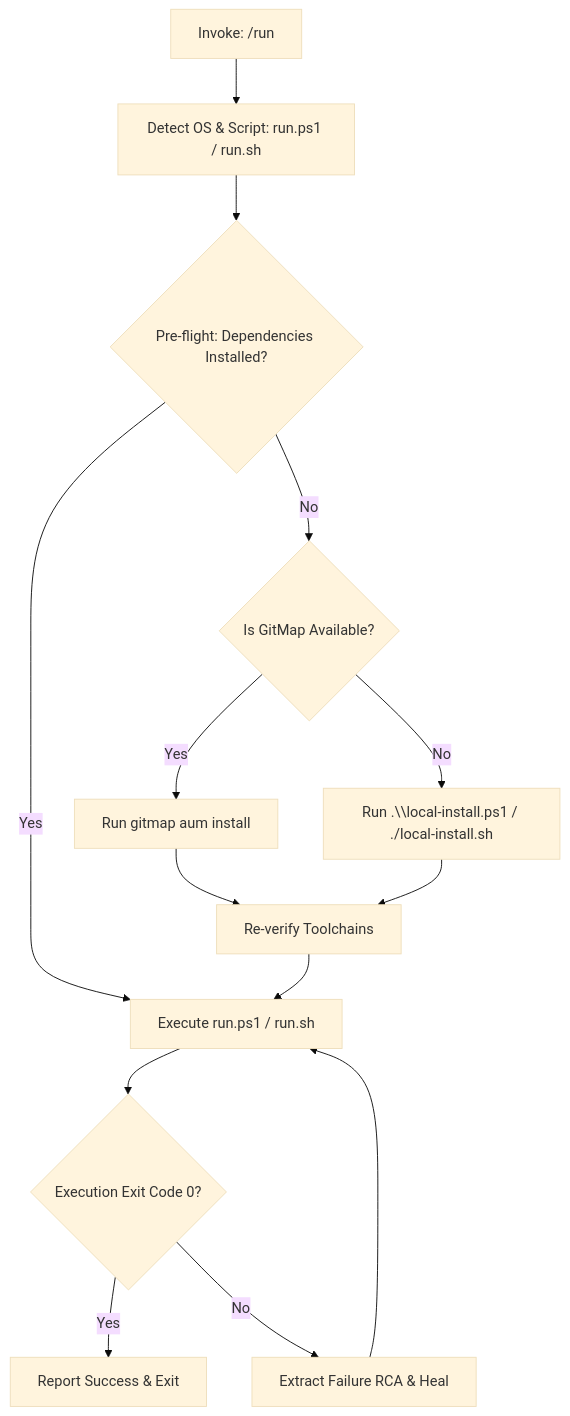
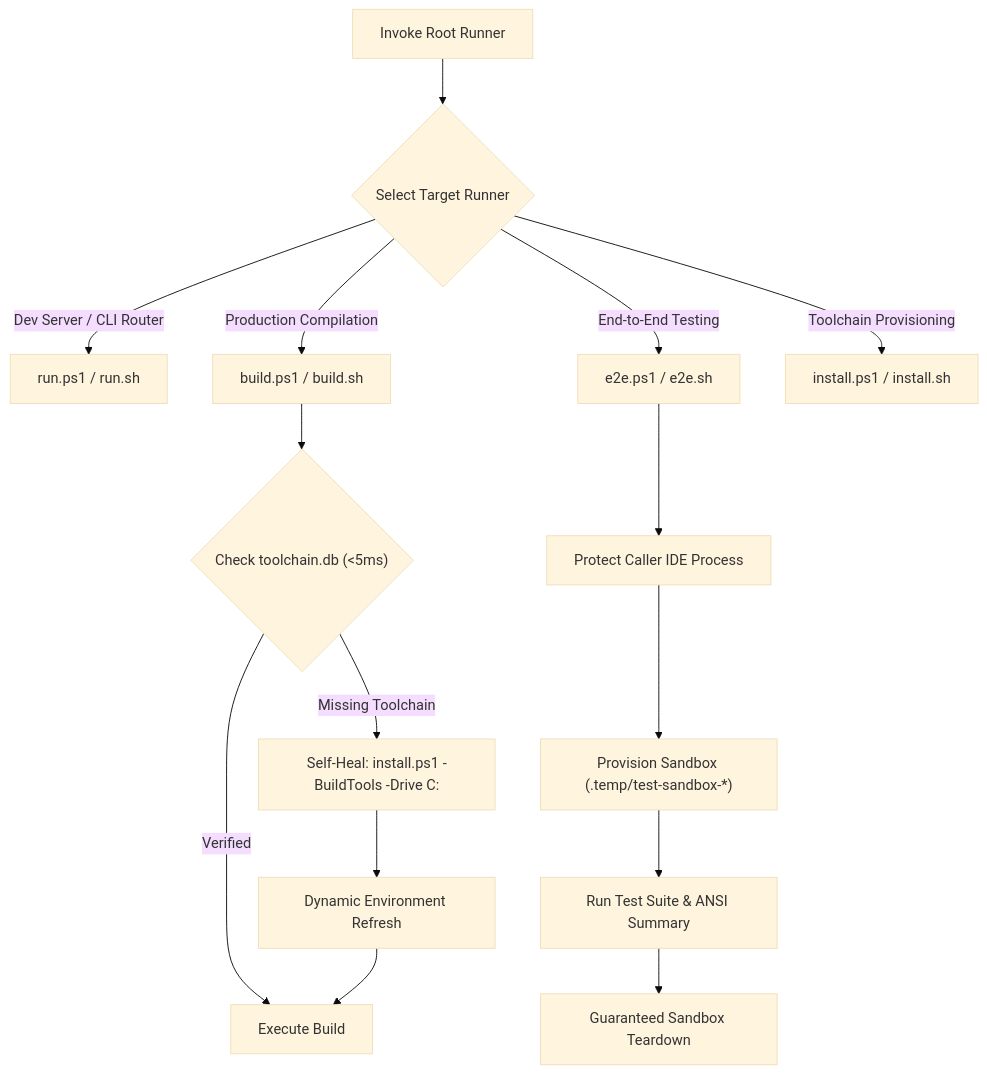
One commit to alimtvnetwork/Antigravity-Manager changed the diagram in .agents/skills/run/skill.md. Above: the diagram before and after it, drawn with Mermaid (base theme). The commit also changed other lines of this file and 1 other file, not shown here.

Commit message:
Feature: skills - update run and create-run-ps1-file with root runner suite contracts and c-drive toolchain sqlite tracking

````diff
--- a/.agents/skills/run/skill.md
+++ b/.agents/skills/run/skill.md
@@ -13,16 +29,19 @@
 ```mermaid
 flowchart TD
-    A["Invoke: /run <target>"] --> B["Detect OS & Script: run.ps1 / run.sh"]
-    B --> C{"Pre-flight: Dependencies Installed?"}
-    C -- "Yes" --> D["Execute run.ps1 / run.sh <target>"]
-    C -- "No" --> E{"Is GitMap Available?"}
-    E -- "Yes" --> F["Run gitmap aum install"]
-    E -- "No" --> G["Run .\\local-install.ps1 / ./local-install.sh"]
-    F --> H["Re-verify Toolchains"]
-    G --> H
-    H --> D
-    D --> I{"Execution Exit Code 0?"}
-    I -- "Yes" --> J["Report Success & Exit"]
-    I -- "No" --> K["Extract Failure RCA & Heal"]
-    K --> D
+    A["Invoke Root Runner"] --> B{"Select Target Runner"}
+    B -- "Dev Server / CLI Router" --> C["run.ps1 / run.sh"]
+    B -- "Production Compilation" --> D["build.ps1 / build.sh"]
+    B -- "End-to-End Testing" --> E["e2e.ps1 / e2e.sh"]
+    B -- "Toolchain Provisioning" --> F["install.ps1 / install.sh"]
+
+    D --> G{"Check toolchain.db (<5ms)"}
+    G -- "Verified" --> H["Execute Build"]
+    G -- "Missing Toolchain" --> I["Self-Heal: install.ps1 -BuildTools -Drive C:"]
+    I --> J["Dynamic Environment Refresh"]
+    J --> H
+
+    E --> K["Protect Caller IDE Process"]
+    K --> L["Provision Sandbox (.temp/test-sandbox-*)"]
+    L --> M["Run Test Suite & ANSI Summary"]
+    M --> N["Guaranteed Sandbox Teardown"]
 ```
````
